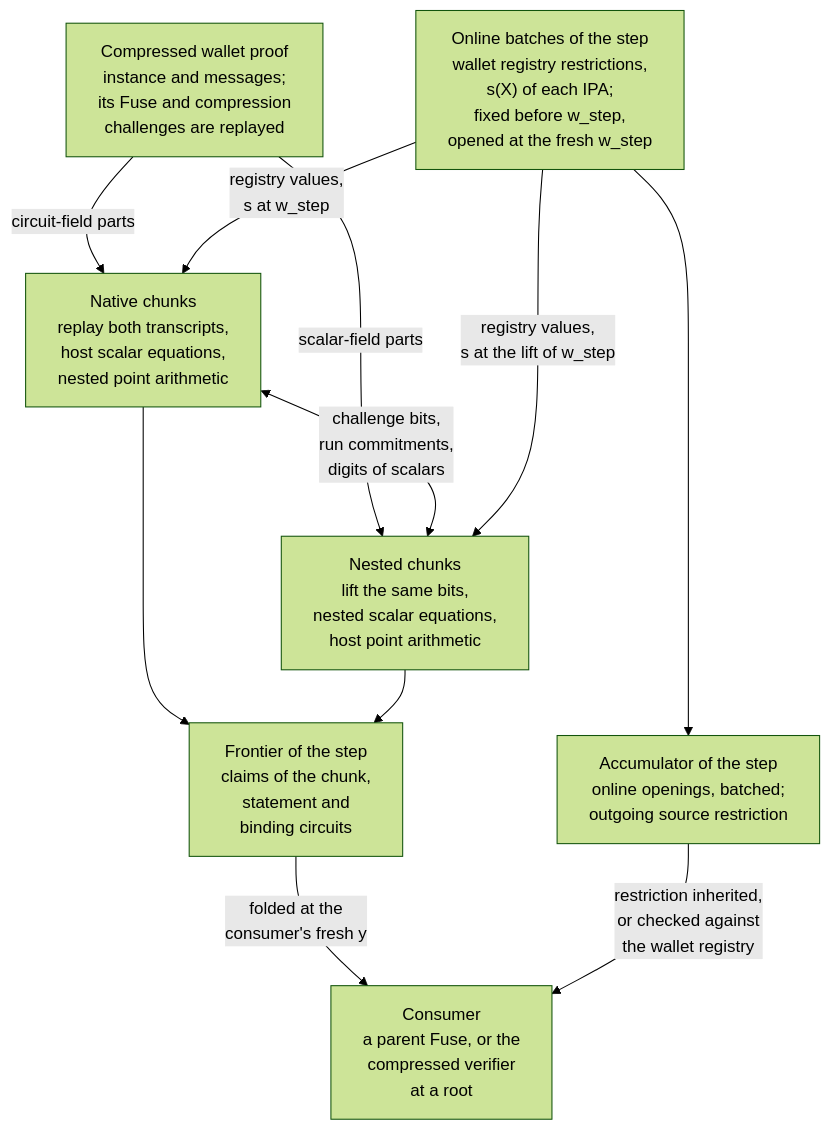
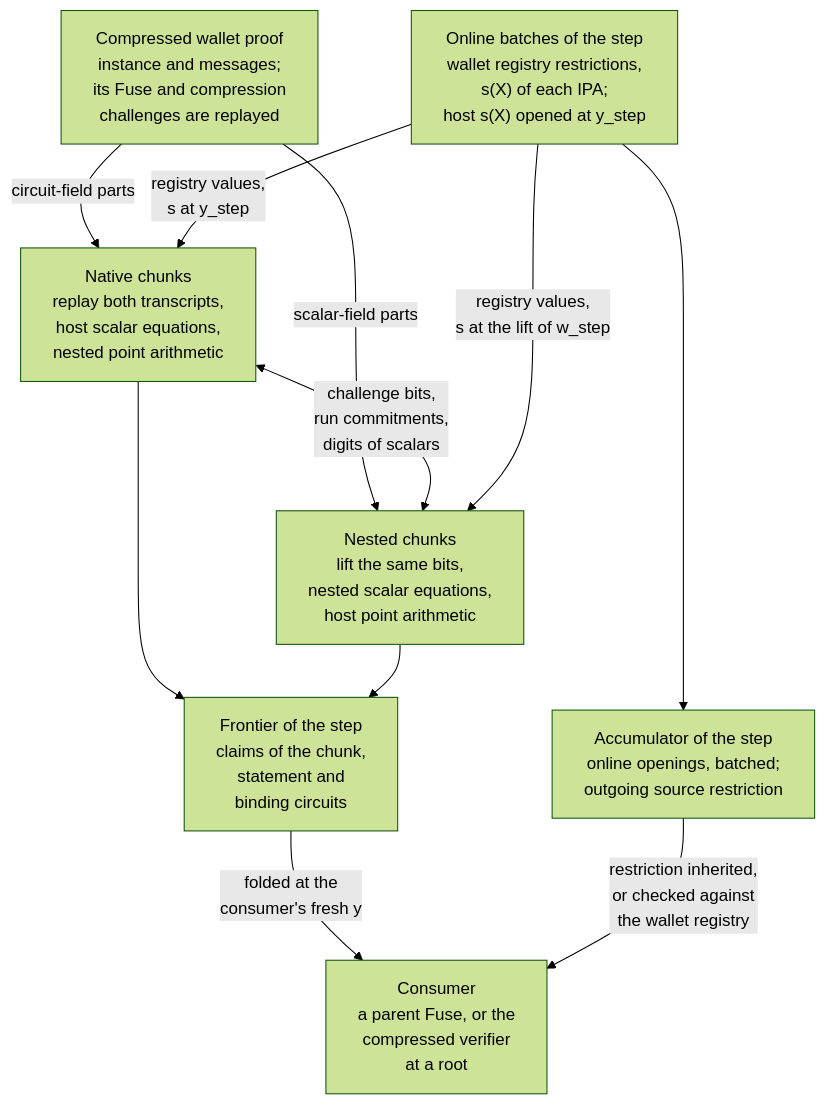
One commit to tachyon-zcash/ragu changed the first of 5 diagrams in book/src/protocol/recursion/decompression.md. Above: the diagram before and after it, drawn with Mermaid (forest theme). The commit also changed other lines of this file and 70 other files, not shown here.

First line of the commit message:
pcd: preserve online polynomials through decompression

````diff
--- a/book/src/protocol/recursion/decompression.md
+++ b/book/src/protocol/recursion/decompression.md
@@ -66,22 +79,22 @@
 ```mermaid
 flowchart TB
     accTitle: Boundaries of a decompression
-    accDescr: The compressed wallet proof supplies its circuit-field parts to the native chunks and its scalar-field parts to the nested chunks. The native chunks replay the wallet proof's Fuse and compression transcripts. The two sides exchange challenge bits, run commitments and the digits of full-width scalars, and each recomputes the commitments of the other's stages. The enclosing aggregator Fuse fixes its online batches before its own challenge and opens them at that challenge, which gives both sides the registry values and the values of each IPA polynomial. The openings are batched into the step's accumulator with an outgoing source restriction, and the claims of the chunk, statement and binding circuits join the step's frontier. A consumer folds those claims at a fresh challenge of its own and inherits the restriction, or checks both at a root.
+    accDescr: The compressed wallet proof supplies its circuit-field parts to the native chunks and its scalar-field parts to the nested chunks. The native chunks replay the wallet proof's Fuse and compression transcripts. The two sides exchange challenge bits, run commitments and the digits of full-width scalars, and each recomputes the commitments of the other's stages. The enclosing aggregator Fuse supplies the registry and IPA polynomial evaluations through its own online batches. The openings are batched into the step's accumulator with an outgoing source restriction, and the claims of the chunk, statement and binding circuits join the step's frontier. A consumer folds those claims at a fresh challenge of its own and inherits the restriction, or checks both at a root.
     W["Compressed wallet proof<br/>instance and messages;<br/>its Fuse and compression<br/>challenges are replayed"]
-    ON["Online batches of the step<br/>wallet registry restrictions,<br/>s(X) of each IPA;<br/>fixed before w_step,<br/>opened at the fresh w_step"]
+    ON["Online batches of the step<br/>wallet registry restrictions,<br/>s(X) of each IPA;<br/>host s(X) opened at y_step"]
     NA["Native chunks<br/>replay both transcripts,<br/>host scalar equations,<br/>nested point arithmetic"]
     NE["Nested chunks<br/>lift the same bits,<br/>nested scalar equations,<br/>host point arithmetic"]
     FR["Frontier of the step<br/>claims of the chunk,<br/>statement and<br/>binding circuits"]
     AC["Accumulator of the step<br/>online openings, batched;<br/>outgoing source restriction"]
     CO["Consumer<br/>a parent Fuse, or the<br/>compressed verifier<br/>at a root"]
     W -->|"circuit-field parts"| NA
     W -->|"scalar-field parts"| NE
     NA <-->|"challenge bits,<br/>run commitments,<br/>digits of scalars"| NE
-    ON -->|"registry values,<br/>s at w_step"| NA
+    ON -->|"registry values,<br/>s at y_step"| NA
     ON -->|"registry values,<br/>s at the lift of w_step"| NE
     ON --> AC
     NA --> FR
     NE --> FR
     FR -->|"folded at the<br/>consumer's fresh y"| CO
     AC -->|"restriction inherited,<br/>or checked against<br/>the wallet registry"| CO
 ```
````
